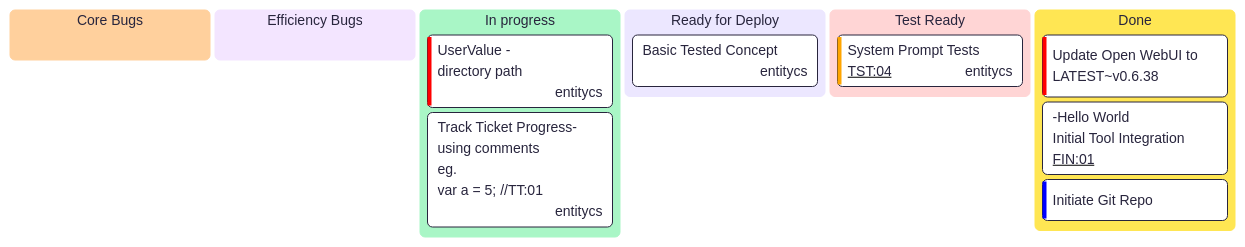
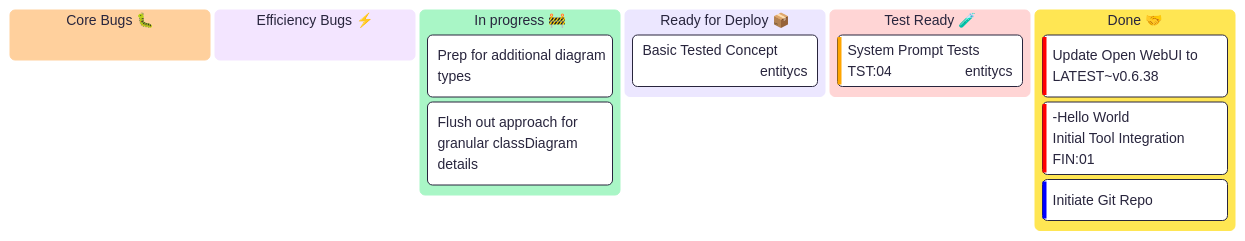
Before and after one commit to entitycs/cs2mmd: the second of 2 diagrams in README.md, drawn with Mermaid. The commit also changed other lines of this file and 1 other file, not shown here.

````diff
--- a/README.md
+++ b/README.md
@@ -17,29 +78,26 @@
 ```mermaid
 ---
 config:
   theme: redux-color
   themeVariables:
     primaryColor: "#00ff00"
-  kanban:
-    ticketBaseUrl: 'https://localhost/ticketing/#TICKET#'
 ---
 kanban
-  CB[Core Bugs]
-  EB[Efficiency Bugs]
+  CB[Core Bugs 🐛] 
+  EB[Efficiency Bugs ⚡] 
    
-  IP[In progress]  
-    IP1[UserValue -<br> directory path]@{priority: 'Very High', assigned: 'entitycs'}
-    IP2[Track Ticket Progress-<br> using comments <br> eg.<br>var a = 5; //TT:01]@{priority: 'Medium', assigned: 'entitycs'}
+  IP[In progress 🚧]   
+    Pr1[Prep for additional diagram types] 
+    Pr2[Flush out approach for granular classDiagram details] 
 
-    
-  RD[Ready for Deploy]
-    RD1[Basic Tested Concept]@{ assigned: 'entitycs' }
+  RD[Ready for Deploy 📦] 
+    RD1[Basic Tested Concept]@{ assigned: 'entitycs' } 
   
-  TR[Test Ready]
-    TR1[System Prompt Tests]@{ ticket: TST:04, assigned: 'entitycs', priority: 'High' }
+  TR[Test Ready 🧪] 
+    TR1[System Prompt Tests]@{ ticket: TST:04, assigned: 'entitycs', priority: 'High' } 
   
-  fin[Done]
-    fin1[Update Open WebUI to <br>LATEST~v0.6.38]@{priority: 'Very High'}
-    fin3[-Hello World<br>Initial Tool Integration]@{priotity: 'Very High', ticket: FIN:01}
-    fin2[Initiate Git Repo]@{priority: 'Low'}
+  fin[Done 🤝] 
+    fin1[Update Open WebUI to <br>LATEST~v0.6.38]@{priority: 'Very High'} 
+    fin3[-Hello World<br>Initial Tool Integration]@{priority: 'Very High', ticket: FIN:01} 
+    fin2[Initiate Git Repo]@{priority: 'Low'} 
 ```
````
